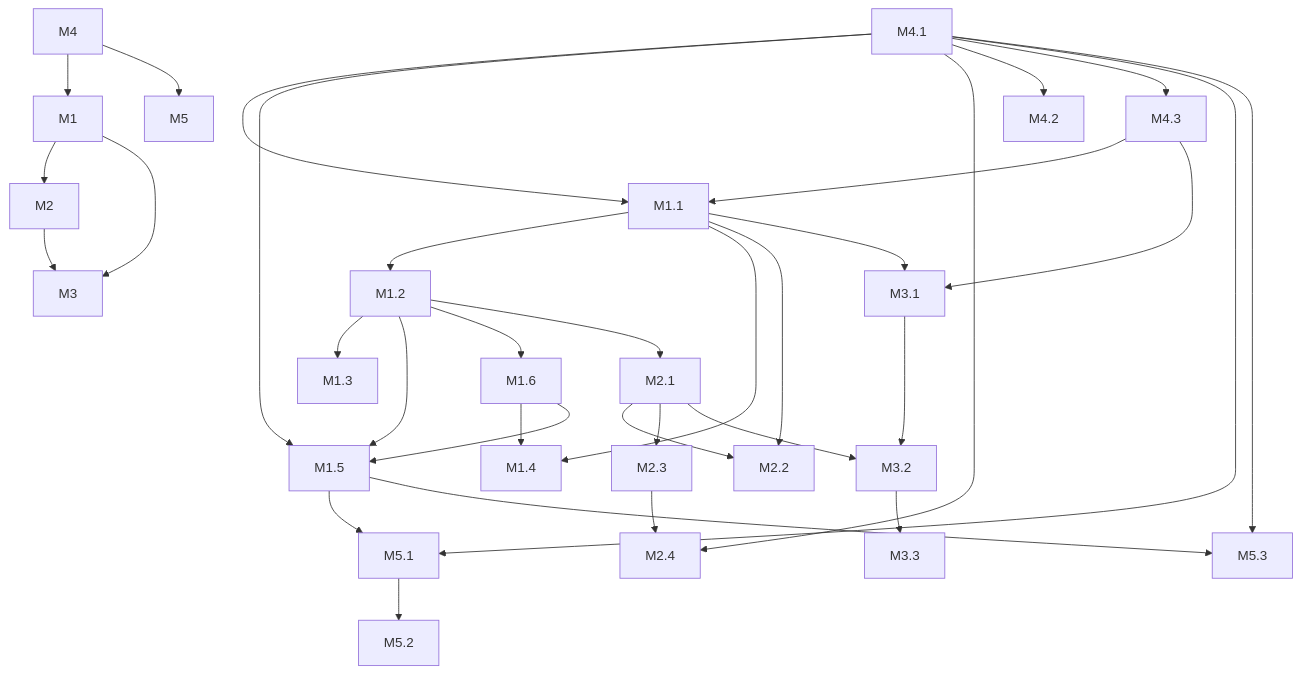
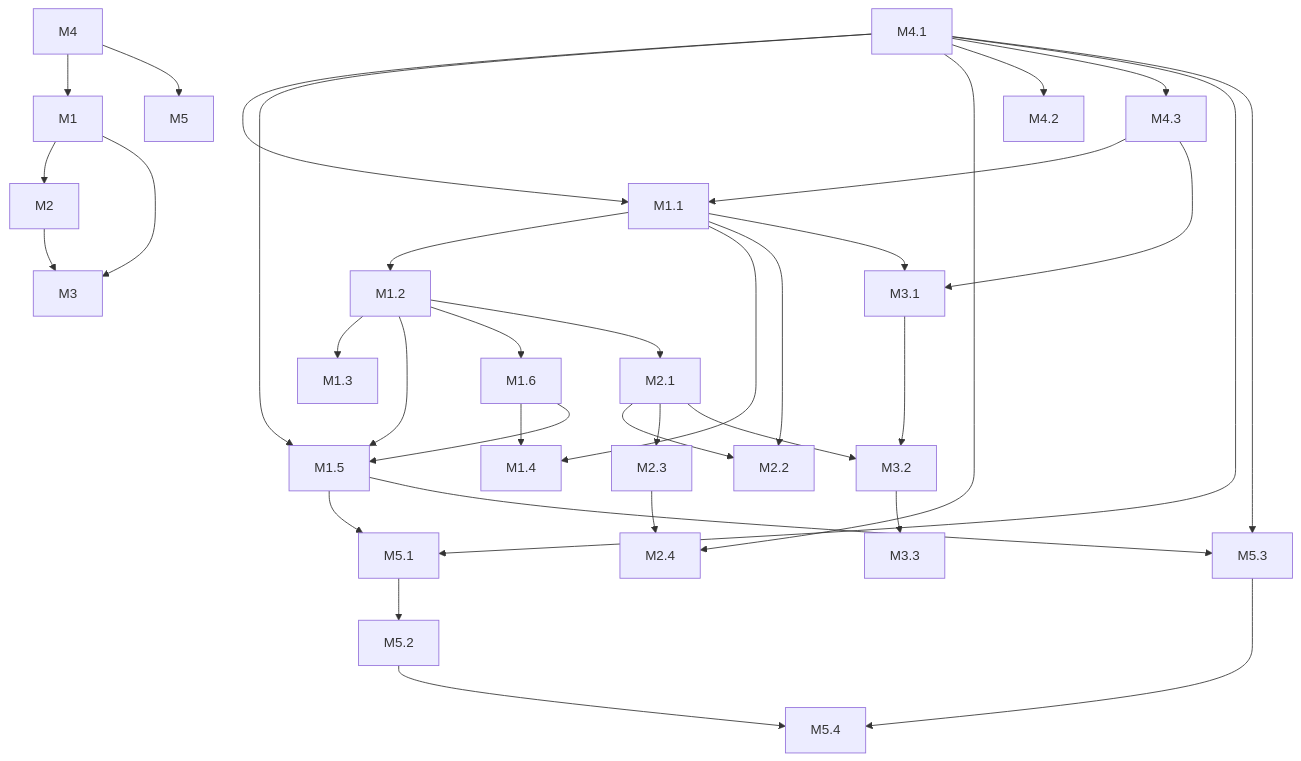
Before and after one commit to bsawang/FastViewer: the diagram in docs/spec.md, drawn with Mermaid. The commit also changed other lines of this file and 70 other files, not shown here.

First line of the commit message:
完善文件关联与文件类型图标

````diff
--- a/docs/spec.md
+++ b/docs/spec.md
@@ -290,37 +294,39 @@
 ```mermaid
 flowchart TD
     M4 --> M1
     M1 --> M2
     M2 --> M3
     M1 --> M3
     M4 --> M5
 
     M4.1 --> M1.1
     M4.1 --> M1.5
     M1.1 --> M1.2
     M1.1 --> M1.4
     M1.2 --> M1.3
     M1.2 --> M1.5
     M1.2 --> M1.6
     M1.6 --> M1.4
     M1.6 --> M1.5
     M1.2 --> M2.1
     M1.1 --> M2.2
     M2.1 --> M2.2
     M2.1 --> M2.3
     M2.3 --> M2.4
     M4.1 --> M2.4
     M1.1 --> M3.1
     M2.1 --> M3.2
     M3.1 --> M3.2
     M3.2 --> M3.3
     M4.1 --> M4.2
     M4.1 --> M4.3
     M4.3 --> M1.1
     M4.3 --> M3.1
     M1.5 --> M5.1
     M4.1 --> M5.1
     M5.1 --> M5.2
     M1.5 --> M5.3
     M4.1 --> M5.3
+    M5.2 --> M5.4
+    M5.3 --> M5.4
 ```
````
